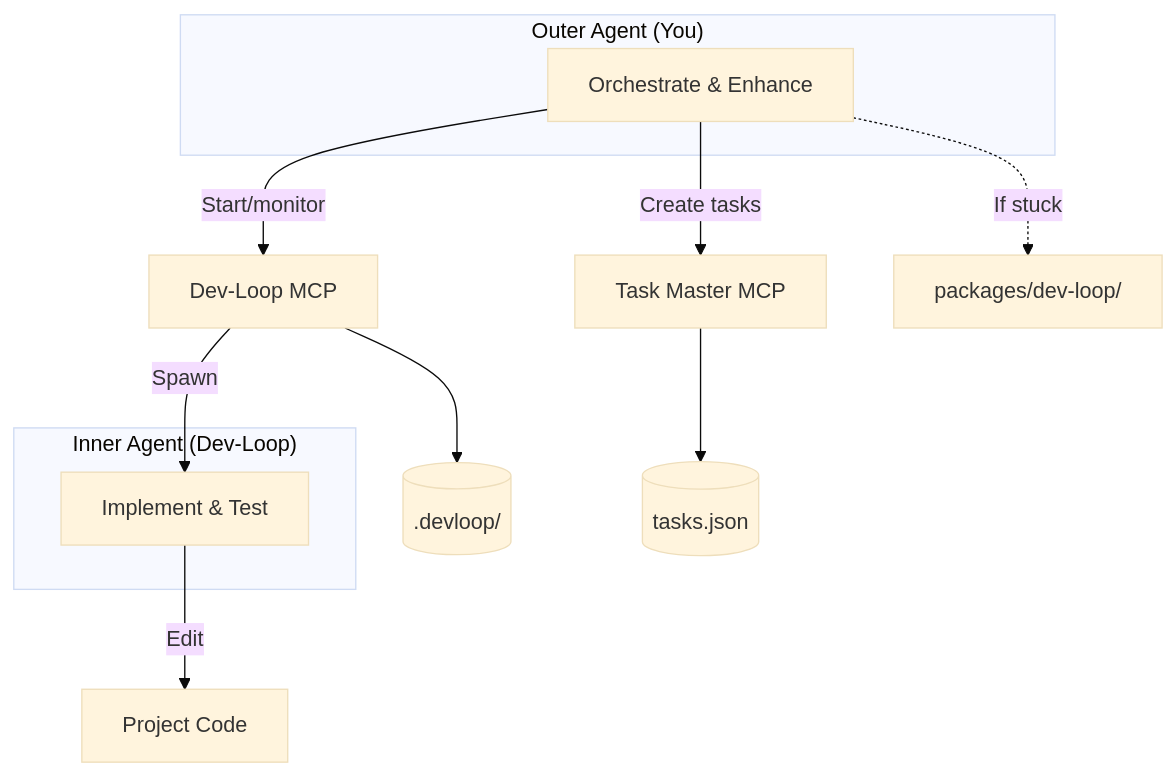
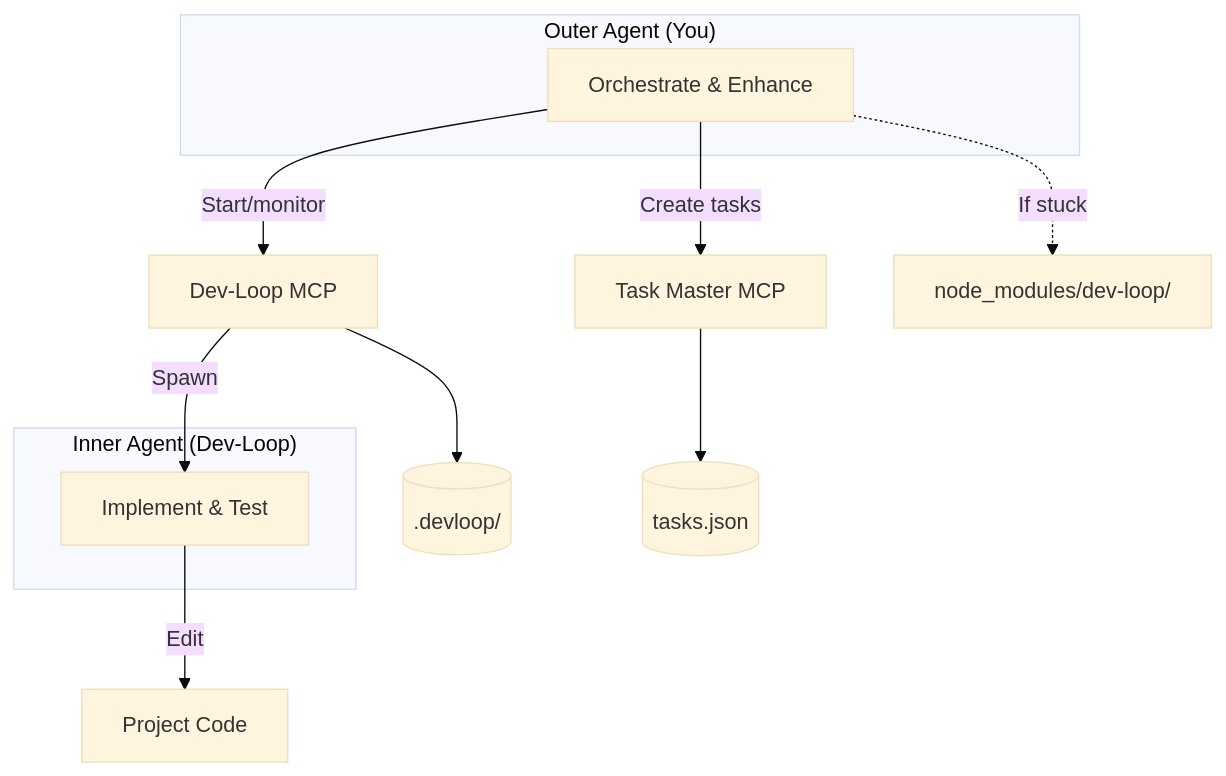
The third of 4 diagrams in README.md (jienckebd/dev-loop), drawn with Mermaid (base theme) before and after one commit. The commit also changed other lines of this file and 22 other files, not shown here.

````diff
--- a/README.md
+++ b/README.md
@@ -78,18 +80,18 @@
 ```mermaid
 flowchart TB
     subgraph outer["Outer Agent (You)"]
         Orchestrate[Orchestrate & Enhance]
     end
     subgraph inner["Inner Agent (Dev-Loop)"]
         Implement[Implement & Test]
     end
-    
+
     Orchestrate -->|"Start/monitor"| DL[Dev-Loop MCP]
     Orchestrate -->|"Create tasks"| TM[Task Master MCP]
     DL -->|"Spawn"| Implement
     Implement -->|"Edit"| Code[Project Code]
-    Orchestrate -.->|"If stuck"| DevLoopSrc[packages/dev-loop/]
-    
+    Orchestrate -.->|"If stuck"| DevLoopSrc[node_modules/dev-loop/]
+
     TM --> Tasks[(tasks.json)]
     DL --> State[(.devloop/)]
 ```
````
